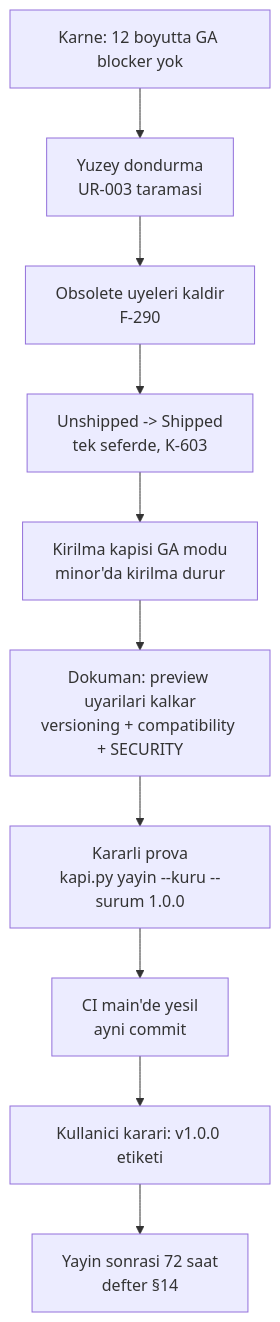
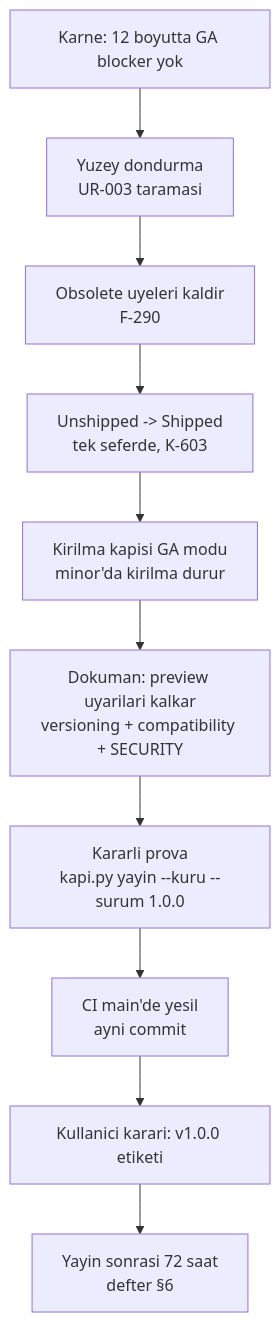
One commit to farukatasoy/Tracon changed the diagram in .agents/skills/nuget-danismani/resources/ga-olcutleri.md. Above: the diagram before and after it, drawn with Mermaid. The commit also changed other lines of this file and 4 other files, not shown here.

````diff
--- a/.agents/skills/nuget-danismani/resources/ga-olcutleri.md
+++ b/.agents/skills/nuget-danismani/resources/ga-olcutleri.md
@@ -41,14 +41,14 @@
 ```mermaid
 flowchart TD
     accTitle: GA gunu akisi
     accDescr: Karne yesil olduktan sonra yuzey dondurulur, Obsolete uyeler kaldirilir, Shipped dosyalari doldurulur, kirilma kapisi GA moduna gecer, dokuman ve guvenlik politikasi guncellenir, kararli prova yesil olur ve en son kullanici etiketi atar.
     A["Karne: 12 boyutta GA blocker yok"] --> B["Yuzey dondurma<br/>UR-003 taramasi"]
     B --> C["Obsolete uyeleri kaldir<br/>F-290"]
     C --> D["Unshipped -> Shipped<br/>tek seferde, K-603"]
     D --> E["Kirilma kapisi GA modu<br/>minor'da kirilma durur"]
     E --> F["Dokuman: preview uyarilari kalkar<br/>versioning + compatibility + SECURITY"]
     F --> G["Kararli prova<br/>kapi.py yayin --kuru --surum 1.0.0"]
     G --> H["CI main'de yesil<br/>ayni commit"]
     H --> I["Kullanici karari: v1.0.0 etiketi"]
-    I --> J["Yayin sonrasi 72 saat<br/>defter §14"]
+    I --> J["Yayin sonrasi 72 saat<br/>defter §6"]
 ```
````
